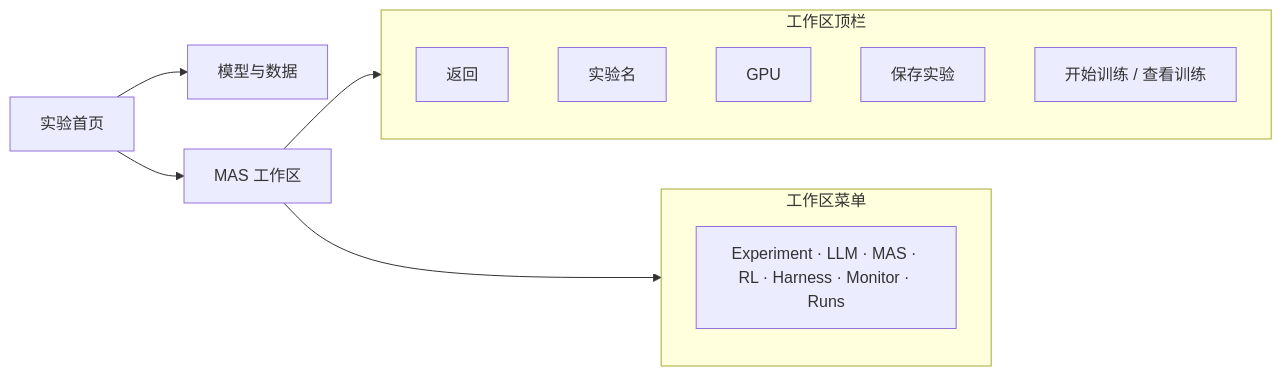
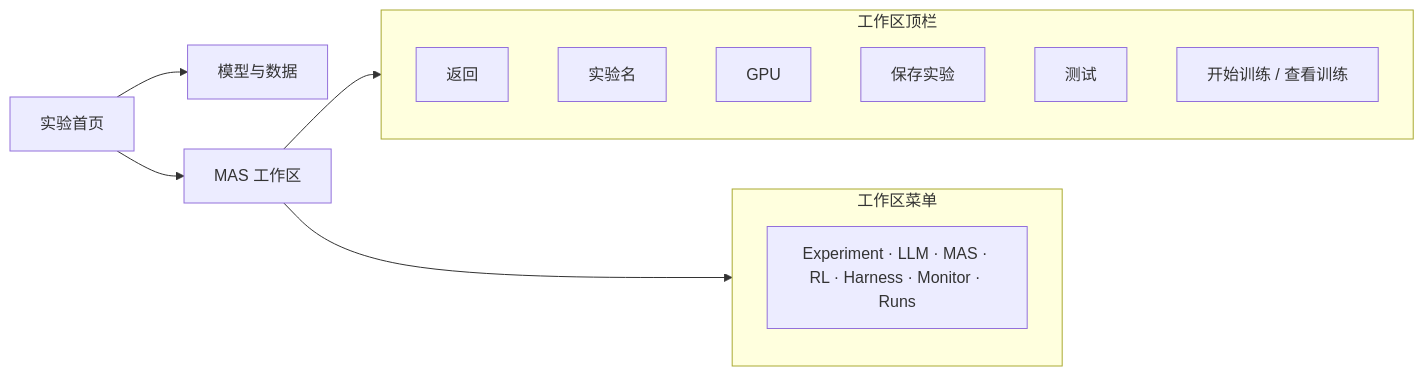
The first of 2 diagrams in docs/UI_USER_MANUAL.md (trustabl-kathrina/MAS_Science_Infra), drawn with Mermaid before and after one commit. The commit also changed other lines of this file and 118 other files, not shown here.

````diff
--- a/docs/UI_USER_MANUAL.md
+++ b/docs/UI_USER_MANUAL.md
@@ -101,17 +105,18 @@
 ```mermaid
 flowchart LR
   home[实验首页] --> resources[模型与数据]
   home --> workspace[MAS 工作区]
   subgraph header [工作区顶栏]
     back[返回]
     name[实验名]
     gpu[GPU]
     save[保存实验]
+    test[测试]
     train[开始训练 / 查看训练]
   end
   subgraph menu [工作区菜单]
     pages[Experiment · LLM · MAS · RL · Harness · Monitor · Runs]
   end
   workspace --> header
   workspace --> menu
 ```
````
